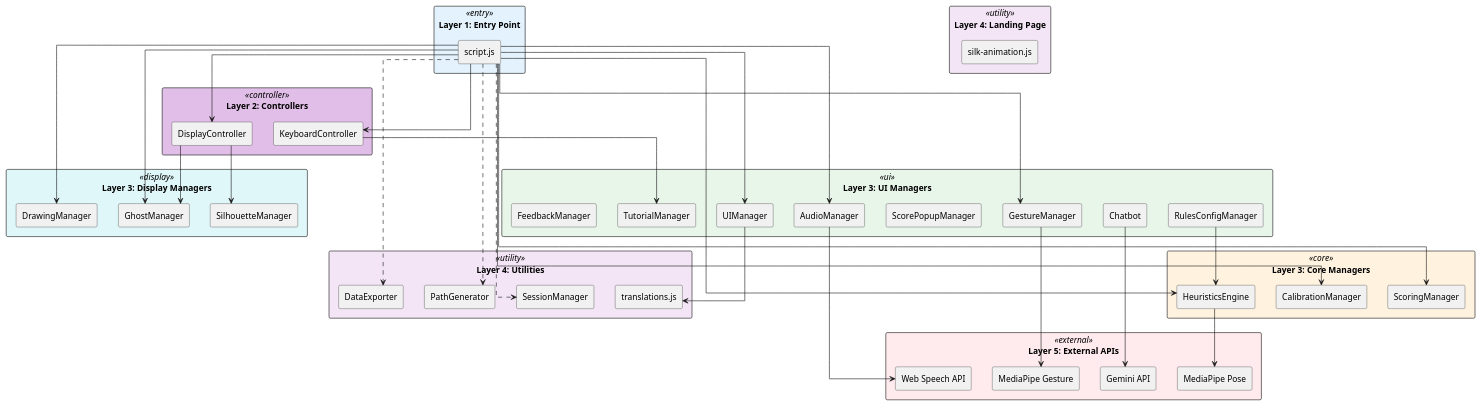
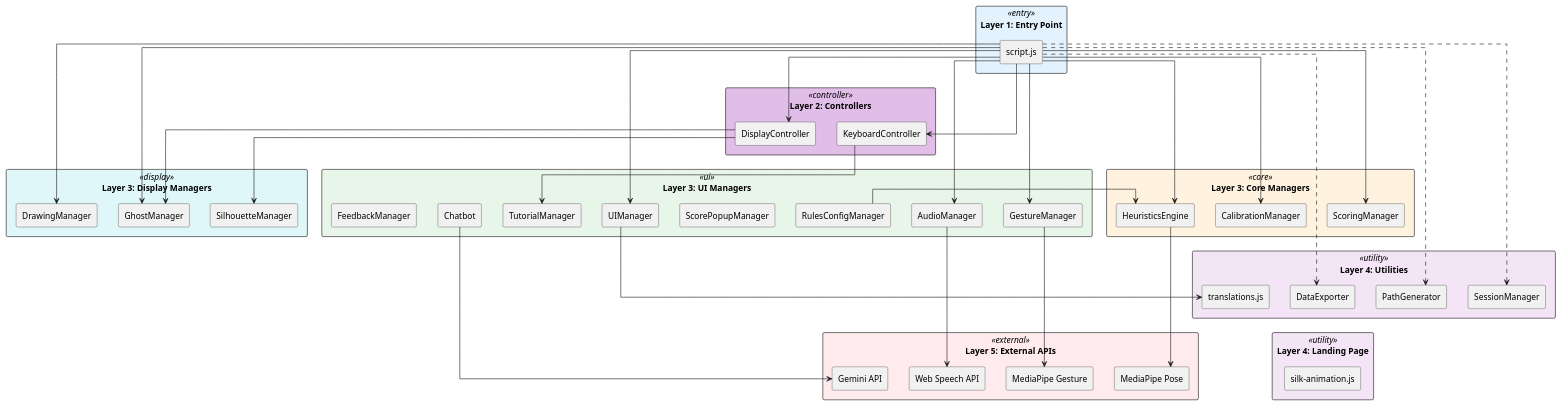
Before and after one commit to vyut/TaijiFlow: the diagram in docs/diagrams/ModuleDependencies.wsd, drawn with PlantUML. The commit also changed 15 other files, not shown here.

```diff
--- a/docs/diagrams/ModuleDependencies.wsd
+++ b/docs/diagrams/ModuleDependencies.wsd
@@ -1,141 +1,159 @@
 @startuml ModuleDependencies
 ' ============================================================================
 ' TaijiFlow AI - Module Dependencies Diagram (Top-Down Layers)
 ' ============================================================================
 ' แสดงความสัมพันธ์ระหว่าง 22 Modules แบ่งเป็น 5 ชั้น
-' อัปเดต: 2026-01-09
+' อัปเดต: 2026-01-12 (Refined Layout)
 ' ============================================================================
 
 skinparam defaultFontName "Sarabun"
 skinparam backgroundColor transparent
 skinparam componentStyle rectangle
 skinparam packageStyle rectangle
 skinparam linetype ortho
+skinparam nodesep 0.8
+skinparam ranksep 1.0
 
 ' === Direction ===
 top to bottom direction
 
 ' === Colors ===
 skinparam package {
     BackgroundColor<<entry>> #E3F2FD
     BackgroundColor<<core>> #FFF3E0
     BackgroundColor<<display>> #E0F7FA
     BackgroundColor<<ui>> #E8F5E9
     BackgroundColor<<controller>> #E1BEE7
     BackgroundColor<<utility>> #F3E5F5
     BackgroundColor<<external>> #FFEBEE
 }
 
 ' ============================================================================
-' LAYER 1: ENTRY POINT (Top)
+' LAYER 1: ENTRY POINT
 ' ============================================================================
 
 package "Layer 1: Entry Point" <<entry>> {
     [script.js] as Script
 }
 
 ' ============================================================================
 ' LAYER 2: CONTROLLERS
 ' ============================================================================
 
 package "Layer 2: Controllers" <<controller>> {
     [DisplayController] as DisplayCtrl
     [KeyboardController] as KeyboardCtrl
 }
 
 ' ============================================================================
 ' LAYER 3: MANAGERS (Core + Display + UI)
 ' ============================================================================
 
+package "Layer 3: Display Managers" <<display>> {
+    [DrawingManager] as Drawing
+    [GhostManager] as Ghost
+    [SilhouetteManager] as Silhouette
+}
+
 package "Layer 3: Core Managers" <<core>> {
     [HeuristicsEngine] as Heuristics
     [CalibrationManager] as Calibration
     [ScoringManager] as Scoring
-}
-
-package "Layer 3: Display Managers" <<display>> {
-    [DrawingManager] as Drawing
-    [GhostManager] as Ghost
-    [SilhouetteManager] as Silhouette
 }
 
 package "Layer 3: UI Managers" <<ui>> {
     [UIManager] as UI
     [AudioManager] as Audio
     [GestureManager] as Gesture
     [ScorePopupManager] as ScorePopup
     [TutorialManager] as Tutorial
     [RulesConfigManager] as RulesConfig
     [Chatbot] as Chatbot
     [FeedbackManager] as Feedback
 }
 
 ' ============================================================================
 ' LAYER 4: UTILITIES
 ' ============================================================================
 
 package "Layer 4: Utilities" <<utility>> {
     [DataExporter] as Exporter
     [PathGenerator] as PathGen
     [SessionManager] as Session
     [translations.js] as Translations
 }
 
 package "Layer 4: Landing Page" <<utility>> {
     [silk-animation.js] as SilkAnim
 }
 
 ' ============================================================================
-' LAYER 5: EXTERNAL APIs (Bottom)
+' LAYER 5: EXTERNAL APIs
 ' ============================================================================
 
 package "Layer 5: External APIs" <<external>> {
     [MediaPipe Pose] as MPPose
     [MediaPipe Gesture] as MPGesture
     [Web Speech API] as WebSpeech
     [Gemini API] as Gemini
 }
 
 ' ============================================================================
-' RELATIONSHIPS (Simplified - Main flows only)
+' LAYOUT HELPER (Hidden Links for Sequencing)
+' ============================================================================
+' Force vertical ordering
+Script -[hidden]-> DisplayCtrl
+DisplayCtrl -[hidden]-> Heuristics
+Heuristics -[hidden]-> Exporter
+Exporter -[hidden]-> MPPose
+
+' Force horizontal alignment for Layer 3 (Display - Core - UI)
+Drawing -[hidden]- Heuristics
+Heuristics -[hidden]- UI
+
+' Force horizontal alignment for Layer 4
+Exporter -[hidden]- SilkAnim
+
+' ============================================================================
+' RELATIONSHIPS (Main flows)
 ' ============================================================================
 
 ' Layer 1 → Layer 2
 Script --> DisplayCtrl
 Script --> KeyboardCtrl
 
 ' Layer 1 → Layer 3 (Core)
 Script --> Heuristics
 Script --> Calibration
 Script --> Scoring
 
 ' Layer 1 → Layer 3 (Display)
 Script --> Drawing
 Script --> Ghost
 
 ' Layer 1 → Layer 3 (UI)
 Script --> UI
 Script --> Audio
 Script --> Gesture
 
 ' Layer 2 → Layer 3
 DisplayCtrl --> Ghost
 DisplayCtrl --> Silhouette
 KeyboardCtrl --> Tutorial
 
 ' Layer 3 Internal
 RulesConfig --> Heuristics
 UI --> Translations
 
 ' Layer 3 → Layer 5 (External)
 Heuristics --> MPPose
 Gesture --> MPGesture
 Audio --> WebSpeech
 Chatbot --> Gemini
 
 ' Layer 1 → Layer 4 (Utilities)
 Script ..> Exporter
 Script ..> PathGen
 Script ..> Session
 
 @enduml
```
